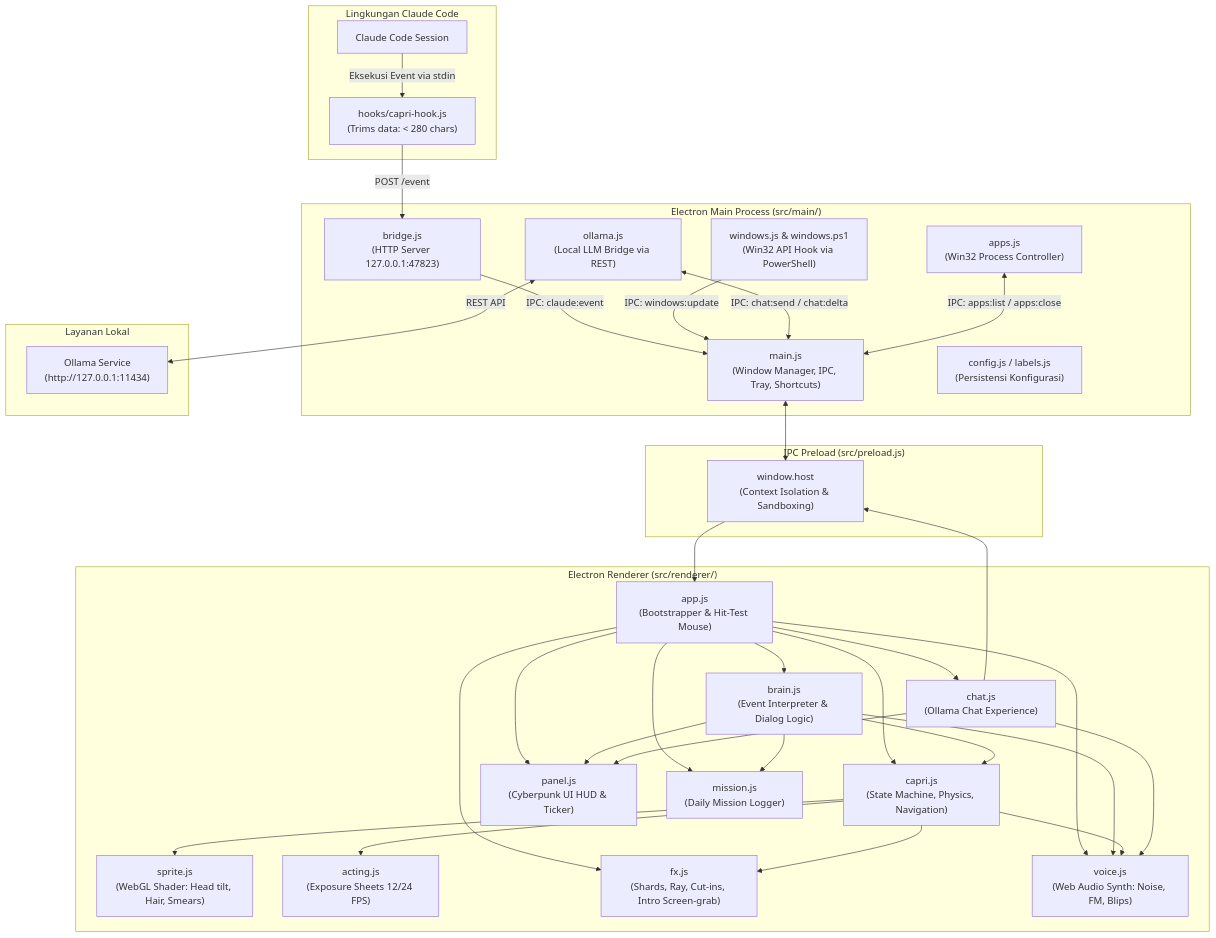
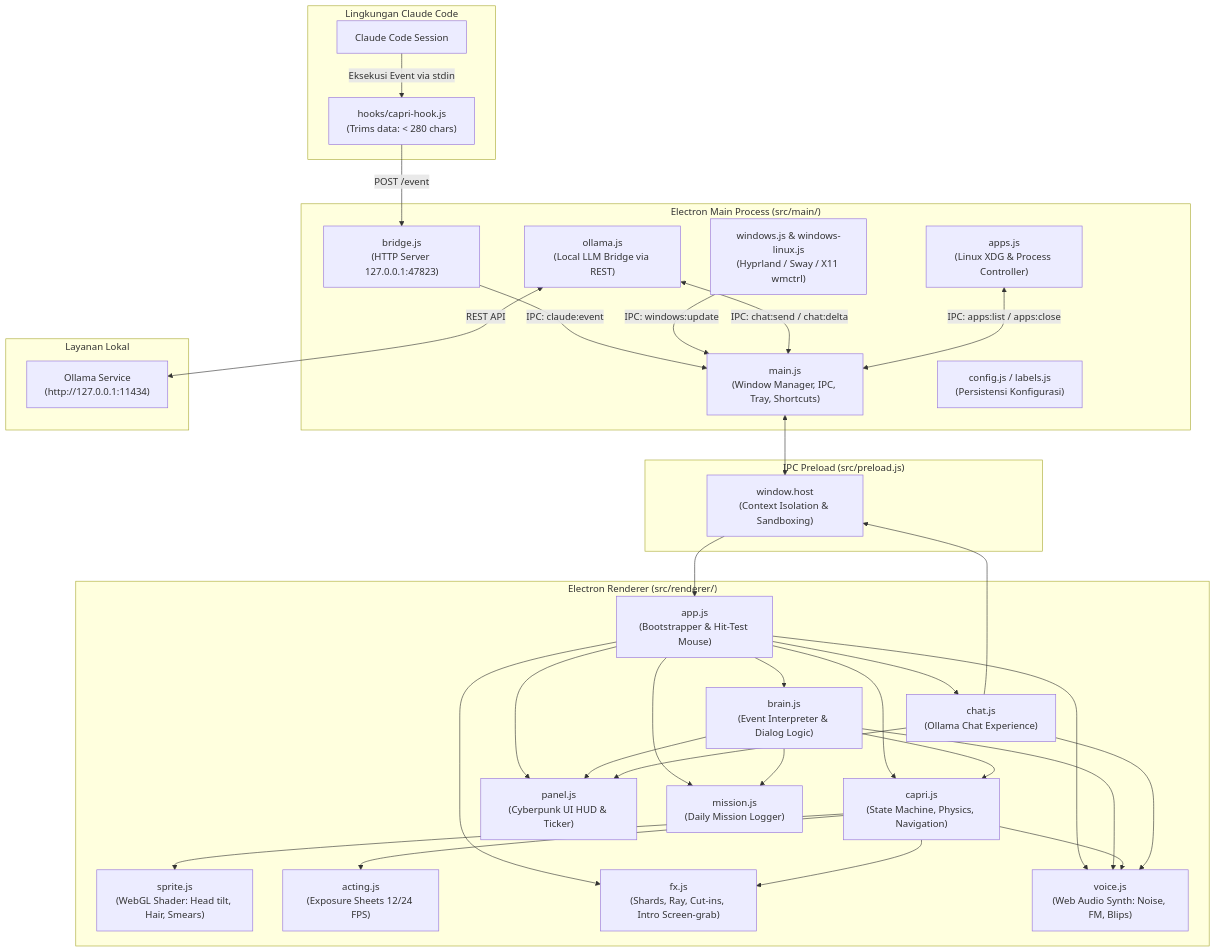
The first of 2 diagrams in Analisis.md (Ryuz-V/capri-desktop), drawn with Mermaid before and after one commit. The commit also changed other lines of this file and 12 other files, not shown here.

````diff
--- a/Analisis.md
+++ b/Analisis.md
@@ -29,53 +29,53 @@
 ```mermaid
 flowchart TB
     subgraph Claude_Environment ["Lingkungan Claude Code"]
         CC[Claude Code Session] -->|Eksekusi Event via stdin| Hook["hooks/capri-hook.js\n(Trims data: < 280 chars)"]
     end
 
     subgraph Main_Process ["Electron Main Process (src/main/)"]
         Bridge["bridge.js\n(HTTP Server 127.0.0.1:47823)"]
         MainCtrl["main.js\n(Window Manager, IPC, Tray, Shortcuts)"]
-        WinWatch["windows.js & windows.ps1\n(Win32 API Hook via PowerShell)"]
+        WinWatch["windows.js & windows-linux.js\n(Hyprland / Sway / X11 wmctrl)"]
         OllamaCtrl["ollama.js\n(Local LLM Bridge via REST)"]
-        AppCtrl["apps.js\n(Win32 Process Controller)"]
+        AppCtrl["apps.js\n(Linux XDG & Process Controller)"]
         ConfigMgr["config.js / labels.js\n(Persistensi Konfigurasi)"]
 
         Bridge -->|IPC: claude:event| MainCtrl
         WinWatch -->|IPC: windows:update| MainCtrl
         OllamaCtrl <-->|IPC: chat:send / chat:delta| MainCtrl
         AppCtrl <-->|IPC: apps:list / apps:close| MainCtrl
     end
 
     Hook -->|POST /event| Bridge
 
     subgraph IPC_Bridge ["IPC Preload (src/preload.js)"]
         HostAPI["window.host\n(Context Isolation & Sandboxing)"]
     end
 
     MainCtrl <--> HostAPI
 
     subgraph Renderer_Process ["Electron Renderer (src/renderer/)"]
         App["app.js\n(Bootstrapper & Hit-Test Mouse)"]
         Brain["brain.js\n(Event Interpreter & Dialog Logic)"]
         Capri["capri.js\n(State Machine, Physics, Navigation)"]
         Sprite["sprite.js\n(WebGL Shader: Head tilt, Hair, Smears)"]
         Acting["acting.js\n(Exposure Sheets 12/24 FPS)"]
         FX["fx.js\n(Shards, Ray, Cut-ins, Intro Screen-grab)"]
         Panel["panel.js\n(Cyberpunk UI HUD & Ticker)"]
         ChatUI["chat.js\n(Ollama Chat Experience)"]
         Voice["voice.js\n(Web Audio Synth: Noise, FM, Blips)"]
         Mission["mission.js\n(Daily Mission Logger)"]
 
         HostAPI --> App
         App --> Brain & Capri & FX & Panel & Voice & ChatUI & Mission
         Brain --> Capri & Panel & Voice & Mission
         Capri --> Sprite & Acting & FX & Voice
         ChatUI --> HostAPI & Panel & Voice
     end
 
     subgraph Local_AI ["Layanan Lokal"]
         OllamaEngine["Ollama Service\n(http://127.0.0.1:11434)"]
     end
 
     OllamaCtrl <-->|REST API| OllamaEngine
 ```
````
